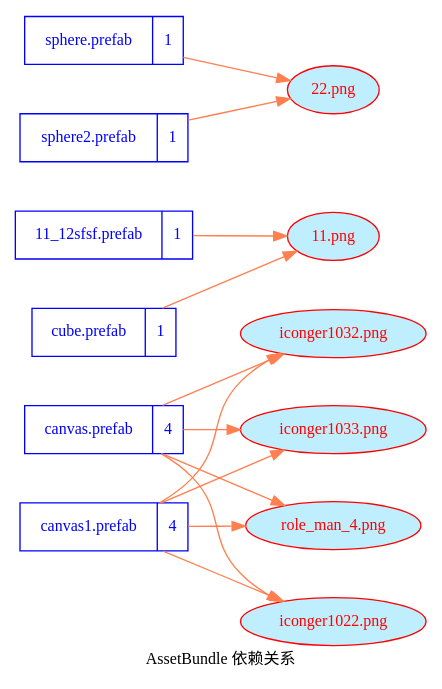
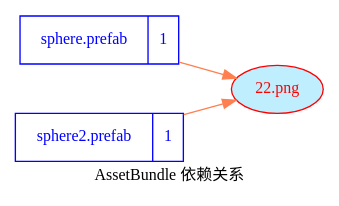
Before and after one commit to songtm/ABSystem: the diagram in Assets/StreamingAssets/AssetBundles/00dep.dot, drawn with Graphviz. The commit also changed 24 other files, not shown here.

```diff
--- a/Assets/StreamingAssets/AssetBundles/00dep.dot
+++ b/Assets/StreamingAssets/AssetBundles/00dep.dot
@@ -1,45 +1,17 @@
 digraph dep {
     fontname = "Microsoft YaHei";
     label = "AssetBundle 依赖关系"
     nodesep=0.5
     rankdir = "LR"
     fontsize = 12;
     node [ fontname = "Microsoft YaHei", fontsize = 12, shape = "record" color="skyblue"];
     edge [ fontname = "Microsoft YaHei", fontsize = 12 , color="coral"];
-	"canvas.prefab" [color="blue", fontcolor="blue", label="{<f0> canvas.prefab |<f1> 4 }"]
-	"canvas1.prefab" [color="blue", fontcolor="blue", label="{<f0> canvas1.prefab |<f1> 4 }"]
-	"11_12sfsf.prefab" [color="blue", fontcolor="blue", label="{<f0> 11_12sfsf.prefab |<f1> 1 }"]
-	"cube.prefab" [color="blue", fontcolor="blue", label="{<f0> cube.prefab |<f1> 1 }"]
 	"sphere.prefab" [color="blue", fontcolor="blue", label="{<f0> sphere.prefab |<f1> 1 }"]
 	"sphere2.prefab" [color="blue", fontcolor="blue", label="{<f0> sphere2.prefab |<f1> 1 }"]
-	"role_man_4.png" [color="red", fontcolor="red", shape="ellipse", fillcolor="lightblue1", style="filled"]
-	"iconger1022.png" [color="red", fontcolor="red", shape="ellipse", fillcolor="lightblue1", style="filled"]
-	"iconger1032.png" [color="red", fontcolor="red", shape="ellipse", fillcolor="lightblue1", style="filled"]
-	"iconger1033.png" [color="red", fontcolor="red", shape="ellipse", fillcolor="lightblue1", style="filled"]
-	"11.png" [color="red", fontcolor="red", shape="ellipse", fillcolor="lightblue1", style="filled"]
 	"22.png" [color="red", fontcolor="red", shape="ellipse", fillcolor="lightblue1", style="filled"]
-	"canvas.prefab"->"role_man_4.png"
-	"canvas.prefab"->"iconger1022.png"
-	"canvas.prefab"->"iconger1032.png"
-	"canvas.prefab"->"iconger1033.png"
-
-	"canvas1.prefab"->"role_man_4.png"
-	"canvas1.prefab"->"iconger1022.png"
-	"canvas1.prefab"->"iconger1032.png"
-	"canvas1.prefab"->"iconger1033.png"
-
-	"11_12sfsf.prefab"->"11.png"
-
-	"cube.prefab"->"11.png"
-
 	"sphere.prefab"->"22.png"
 
 	"sphere2.prefab"->"22.png"
 
 
-
-
-
-
-
 }
```
